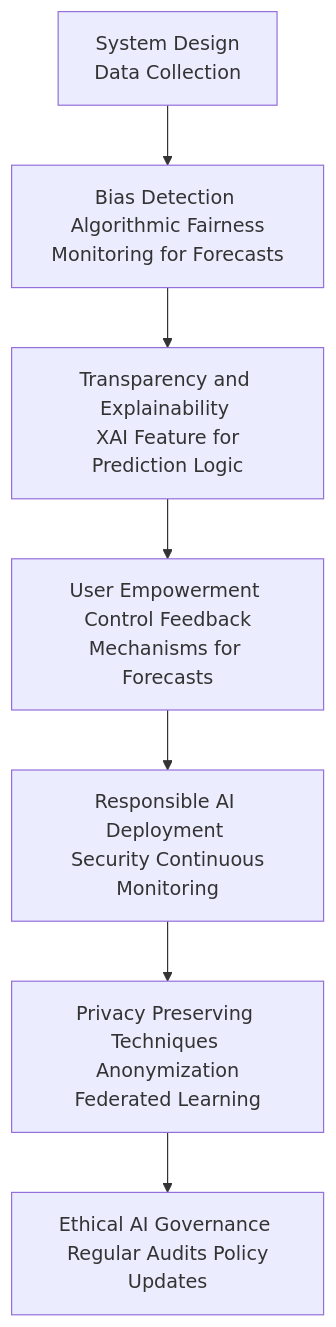
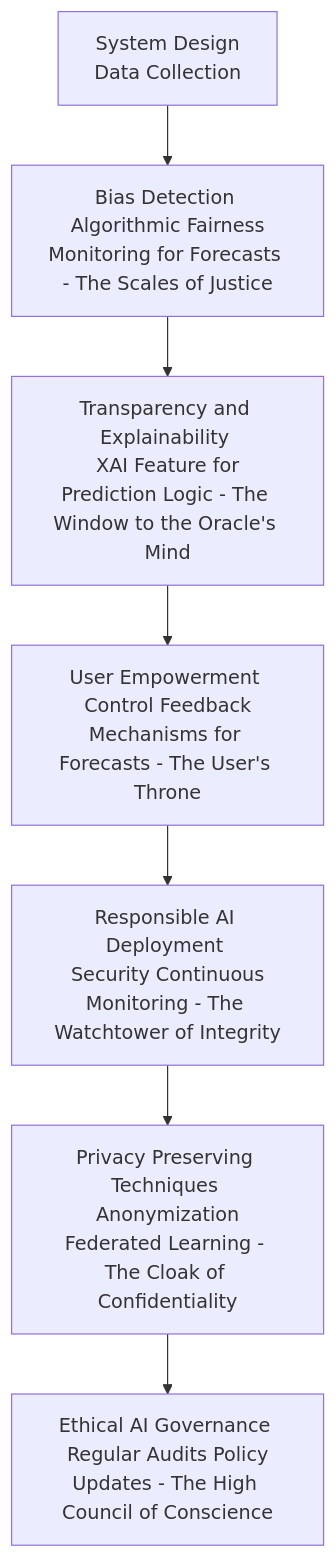
Before and after one commit to diplomat-bit/Citibank_Demo_Business_Inc_Demonstration-: the eighth of 10 diagrams in inventions/inventions/006_ai_subscription_detection/008_ai_irregular_expense_prediction.md, drawn with Mermaid. The commit also changed other lines of this file, not shown here.

````diff
--- a/inventions/inventions/006_ai_subscription_detection/008_ai_irregular_expense_prediction.md
+++ b/inventions/inventions/006_ai_subscription_detection/008_ai_irregular_expense_prediction.md
@@ -284,9 +285,9 @@
 ```mermaid
 graph TD
-    A[System Design <br/> Data Collection] --> B[Bias Detection <br/> Algorithmic Fairness Monitoring for Forecasts]
-    B --> C[Transparency and Explainability <br/> XAI Feature for Prediction Logic]
-    C --> D[User Empowerment <br/> Control Feedback Mechanisms for Forecasts]
-    D --> E[Responsible AI Deployment <br/> Security Continuous Monitoring]
-    E --> F[Privacy Preserving Techniques <br/> Anonymization Federated Learning]
-    F --> G[Ethical AI Governance <br/> Regular Audits Policy Updates]
+    A[System Design <br/> Data Collection] --> B[Bias Detection <br/> Algorithmic Fairness Monitoring for Forecasts - The Scales of Justice]
+    B --> C[Transparency and Explainability <br/> XAI Feature for Prediction Logic - The Window to the Oracle's Mind]
+    C --> D[User Empowerment <br/> Control Feedback Mechanisms for Forecasts - The User's Throne]
+    D --> E[Responsible AI Deployment <br/> Security Continuous Monitoring - The Watchtower of Integrity]
+    E --> F[Privacy Preserving Techniques <br/> Anonymization Federated Learning - The Cloak of Confidentiality]
+    F --> G[Ethical AI Governance <br/> Regular Audits Policy Updates - The High Council of Conscience]
 ```
````
